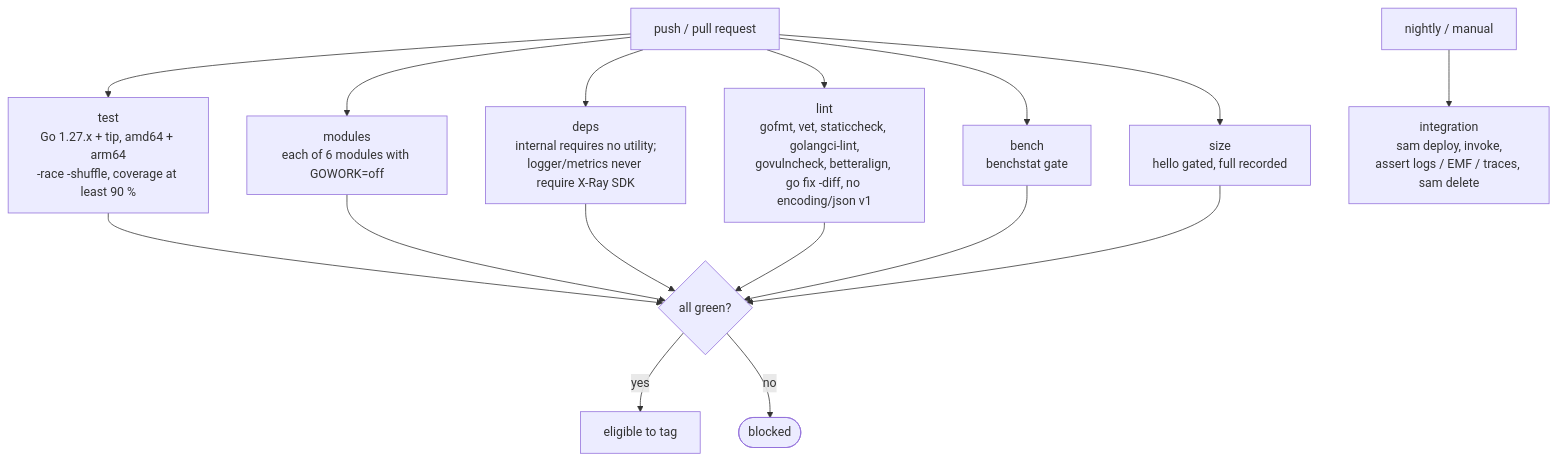
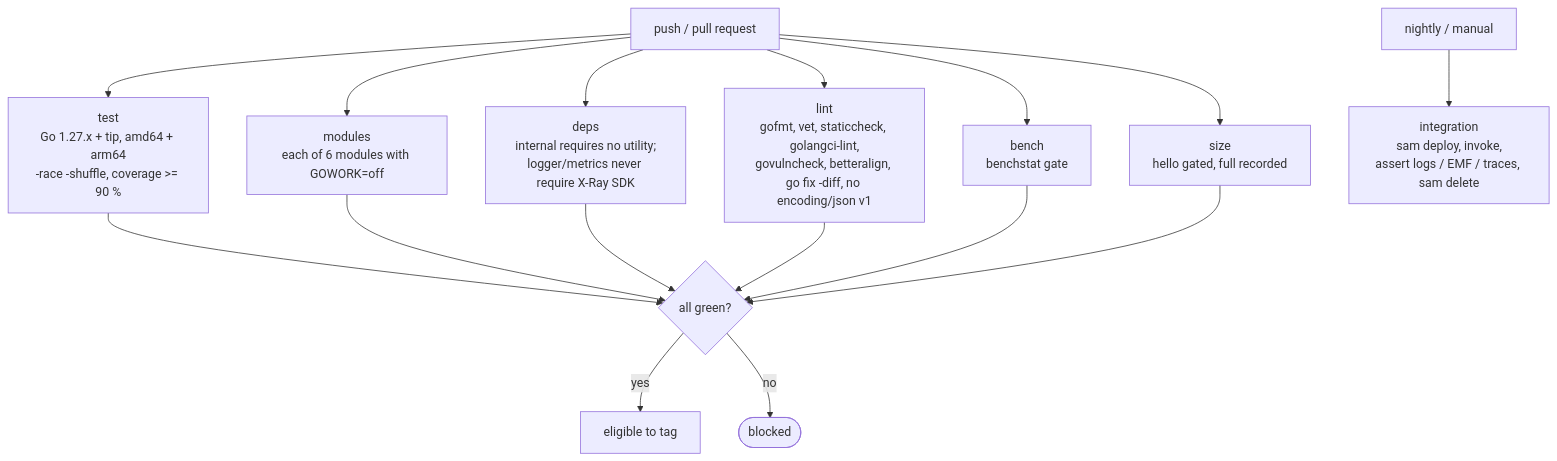
The first of 2 diagrams in 06-testing-and-ci.md (christiangda/powertools-lambda-go-plan), drawn with Mermaid before and after one commit. The commit also changed other lines of this file and 8 other files, not shown here.

````diff
--- a/06-testing-and-ci.md
+++ b/06-testing-and-ci.md
@@ -74,13 +74,13 @@
 ```mermaid
 flowchart TB
-  push["push / pull request"] --> test["test<br/>Go 1.27.x + tip, amd64 + arm64<br/>-race -shuffle, coverage at least 90 %"]
+  push["push / pull request"] --> test["test<br/>Go 1.27.x + tip, amd64 + arm64<br/>-race -shuffle, coverage >= 90 %"]
   push --> modules["modules<br/>each of 6 modules with GOWORK=off"]
   push --> deps["deps<br/>internal requires no utility;<br/>logger/metrics never require X-Ray SDK"]
   push --> lint["lint<br/>gofmt, vet, staticcheck, golangci-lint,<br/>govulncheck, betteralign, go fix -diff, no encoding/json v1"]
   push --> bench["bench<br/>benchstat gate"]
   push --> size["size<br/>hello gated, full recorded"]
   nightly["nightly / manual"] --> integ["integration<br/>sam deploy, invoke,<br/>assert logs / EMF / traces, sam delete"]
   test & modules & deps & lint & bench & size --> merge{all green?}
   merge -- yes --> tag["eligible to tag"]
   merge -- no --> stop([blocked])
 ```
````
